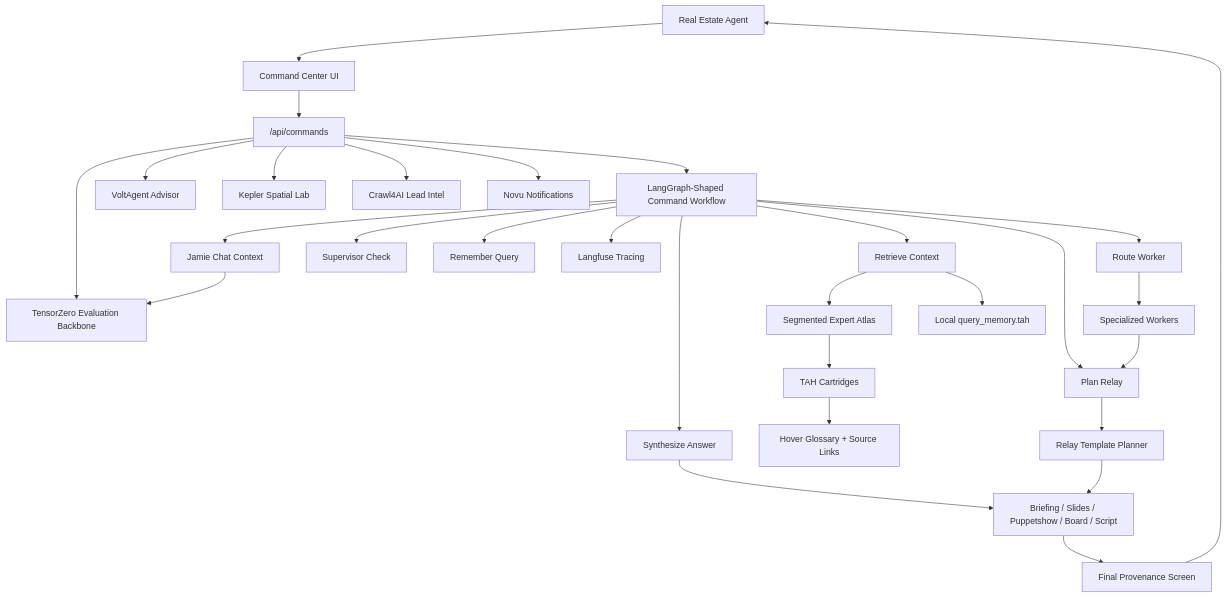
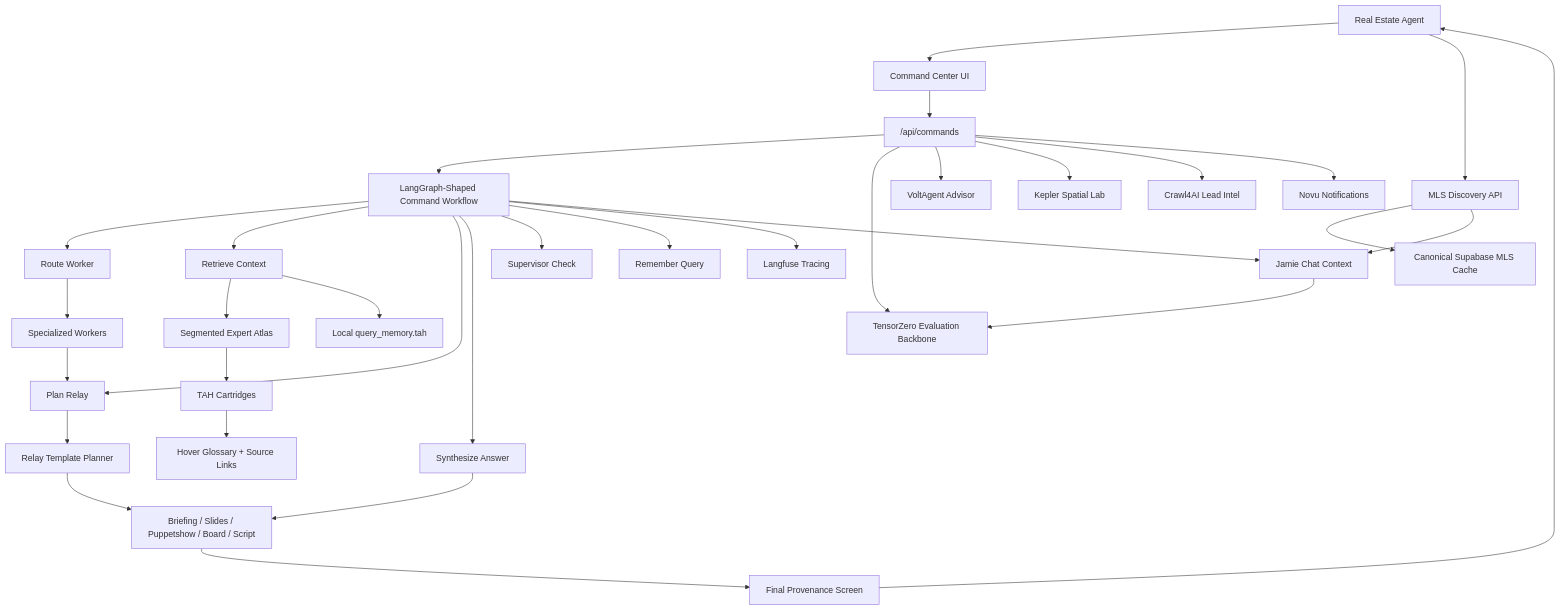
One commit to tahsrz/sunset-pulse changed the diagram in README.md. Above: the diagram before and after it, drawn with Mermaid. The commit also changed other lines of this file and 22 other files, not shown here.

````diff
--- a/README.md
+++ b/README.md
@@ -92,31 +103,34 @@
 ```mermaid
 flowchart TD
   Agent["Real Estate Agent"] --> UI["Command Center UI"]
   UI --> API["/api/commands"]
   API --> Graph["LangGraph-Shaped Command Workflow"]
   Graph --> Route["Route Worker"]
   Graph --> Retrieve["Retrieve Context"]
   Graph --> Plan["Plan Relay"]
   Graph --> Synthesize["Synthesize Answer"]
   Graph --> Supervise["Supervisor Check"]
   Graph --> Remember["Remember Query"]
   Graph --> Observe["Langfuse Tracing"]
   API --> TZero["TensorZero Evaluation Backbone"]
   API --> Volt["VoltAgent Advisor"]
   API --> Kepler["Kepler Spatial Lab"]
   Route --> Workers["Specialized Workers"]
   Retrieve --> Atlas["Segmented Expert Atlas"]
   Retrieve --> Memory["Local query_memory.tah"]
   Graph --> Jamie["Jamie Chat Context"]
   Jamie --> TZero
   API --> Crawl4AI["Crawl4AI Lead Intel"]
   API --> Novu["Novu Notifications"]
+  Agent --> Discovery["MLS Discovery API"]
+  Discovery --> Listings["Canonical Supabase MLS Cache"]
+  Discovery --> Jamie
   Atlas --> TAH["TAH Cartridges"]
   TAH --> Glossary["Hover Glossary + Source Links"]
   Workers --> Plan
   Plan --> Relay["Relay Template Planner"]
   Synthesize --> Output["Briefing / Slides / Puppetshow / Board / Script"]
   Relay --> Output
   Output --> Final["Final Provenance Screen"]
   Final --> Agent
 ```
````
